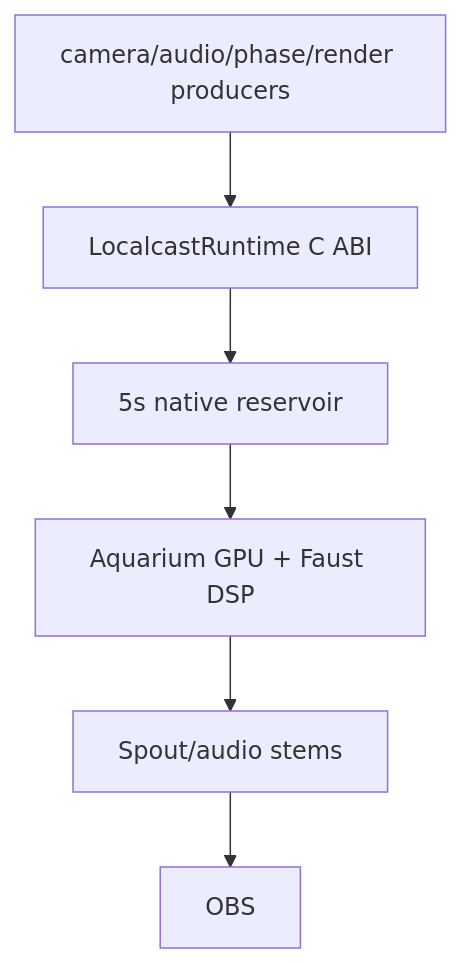
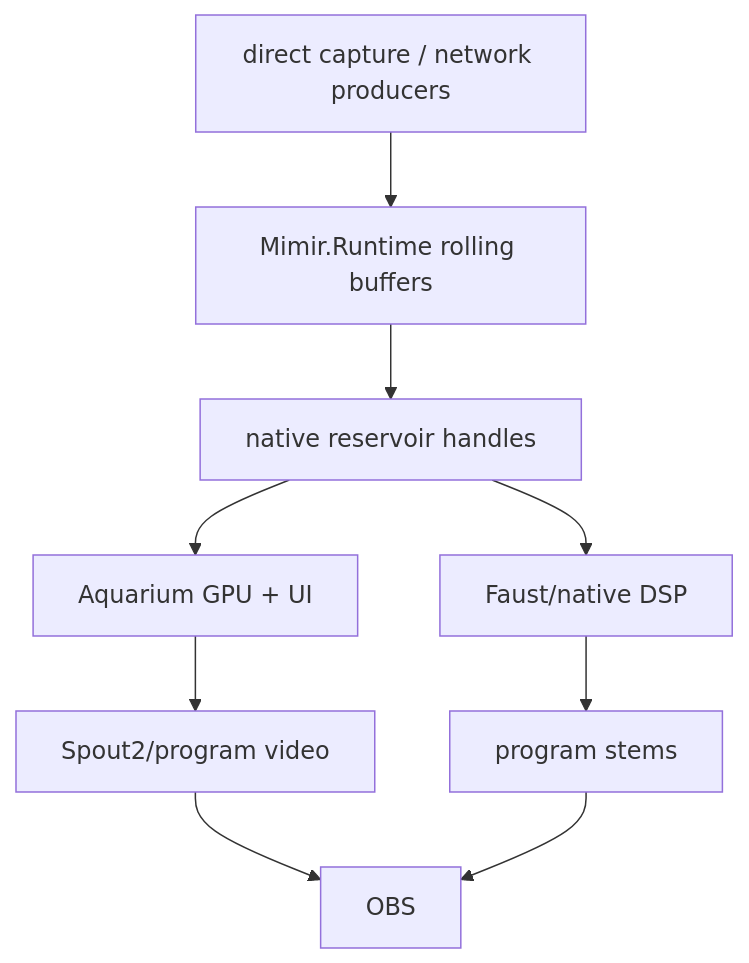
One commit to GameCult/Mimir changed the diagram in docs/perfect-machine.md. Above: the diagram before and after it, drawn with Mermaid. The commit also changed other lines of this file and 190 other files, not shown here.

````diff
--- a/docs/perfect-machine.md
+++ b/docs/perfect-machine.md
@@ -16,8 +13,11 @@
 ```mermaid
 flowchart TD
-    A["camera/audio/phase/render producers"] --> B["LocalcastRuntime C ABI"]
-    B --> C["5s native reservoir"]
-    C --> D["Aquarium GPU + Faust DSP"]
-    D --> E["Spout/audio stems"]
-    E --> F["OBS"]
+    A["direct capture / network producers"] --> B["Mimir.Runtime rolling buffers"]
+    B --> C["native reservoir handles"]
+    C --> D["Aquarium GPU + UI"]
+    C --> E["Faust/native DSP"]
+    D --> F["Spout2/program video"]
+    E --> G["program stems"]
+    F --> H["OBS"]
+    G --> H
 ```
````
